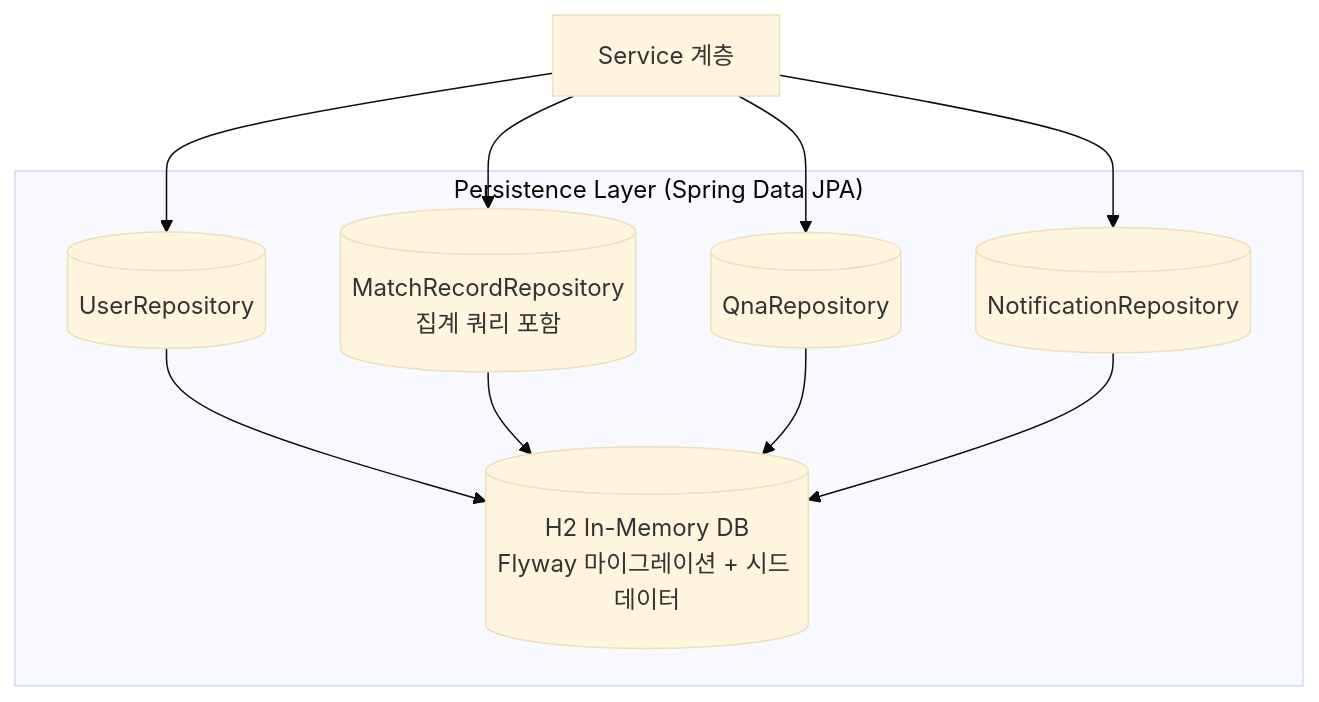
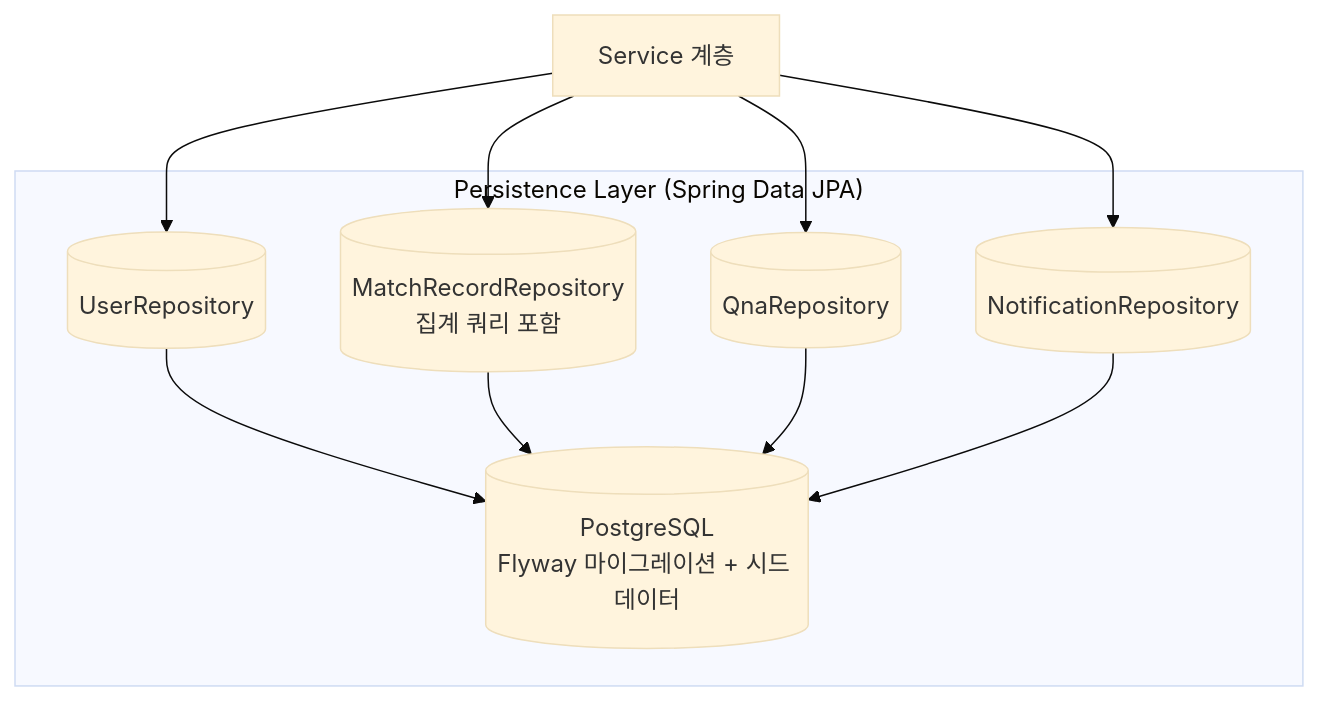
The second of 5 diagrams in docs/architecture.md (hello-pebble/MatchSimulation), drawn with Mermaid (base theme) before and after one commit. The commit also changed other lines of this file and 13 other files, not shown here.

````diff
--- a/docs/architecture.md
+++ b/docs/architecture.md
@@ -64,15 +64,15 @@
 ```mermaid
 graph TD
     SVC[Service 계층]
 
     subgraph "Persistence Layer (Spring Data JPA)"
         UR[(UserRepository)]
         MR[(MatchRecordRepository<br/>집계 쿼리 포함)]
         QR[(QnaRepository)]
         NR[(NotificationRepository)]
-        H2[(H2 In-Memory DB<br/>Flyway 마이그레이션 + 시드 데이터)]
+        PG[(PostgreSQL<br/>Flyway 마이그레이션 + 시드 데이터)]
     end
 
     SVC --> UR & MR & QR & NR
-    UR & MR & QR & NR --> H2
+    UR & MR & QR & NR --> PG
 ```
````
